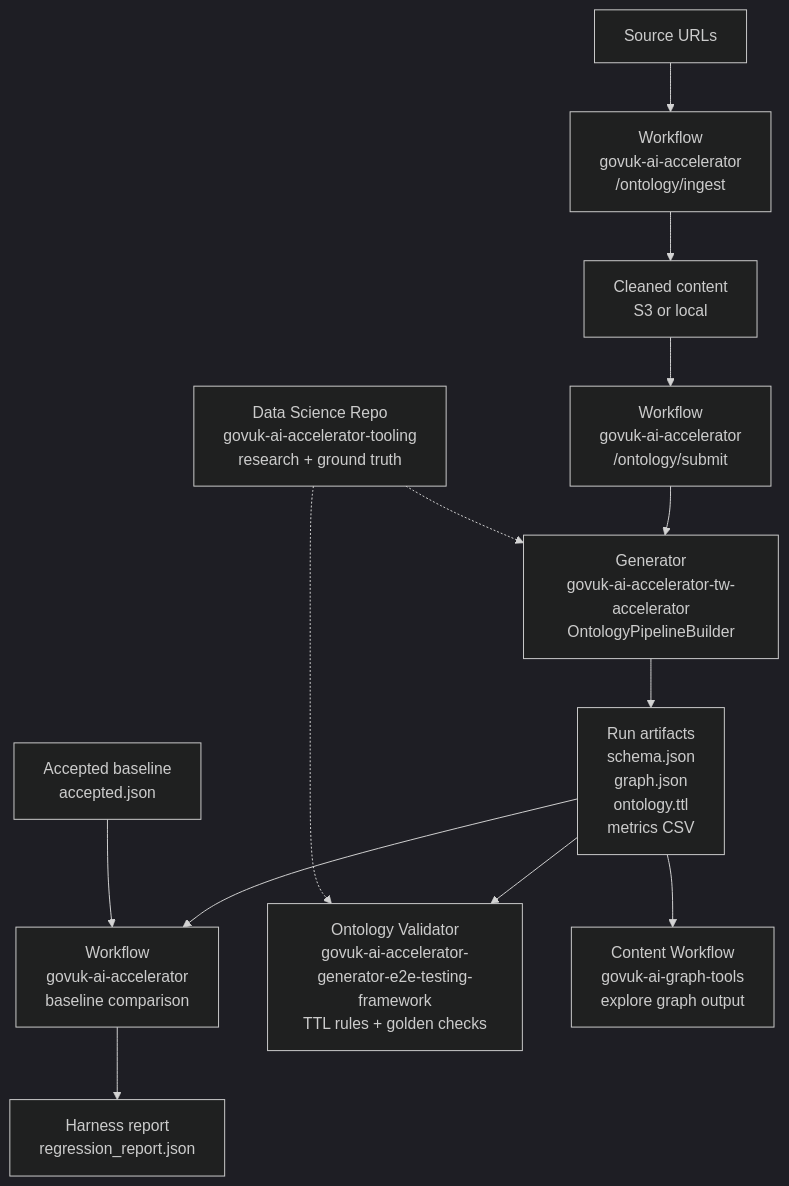
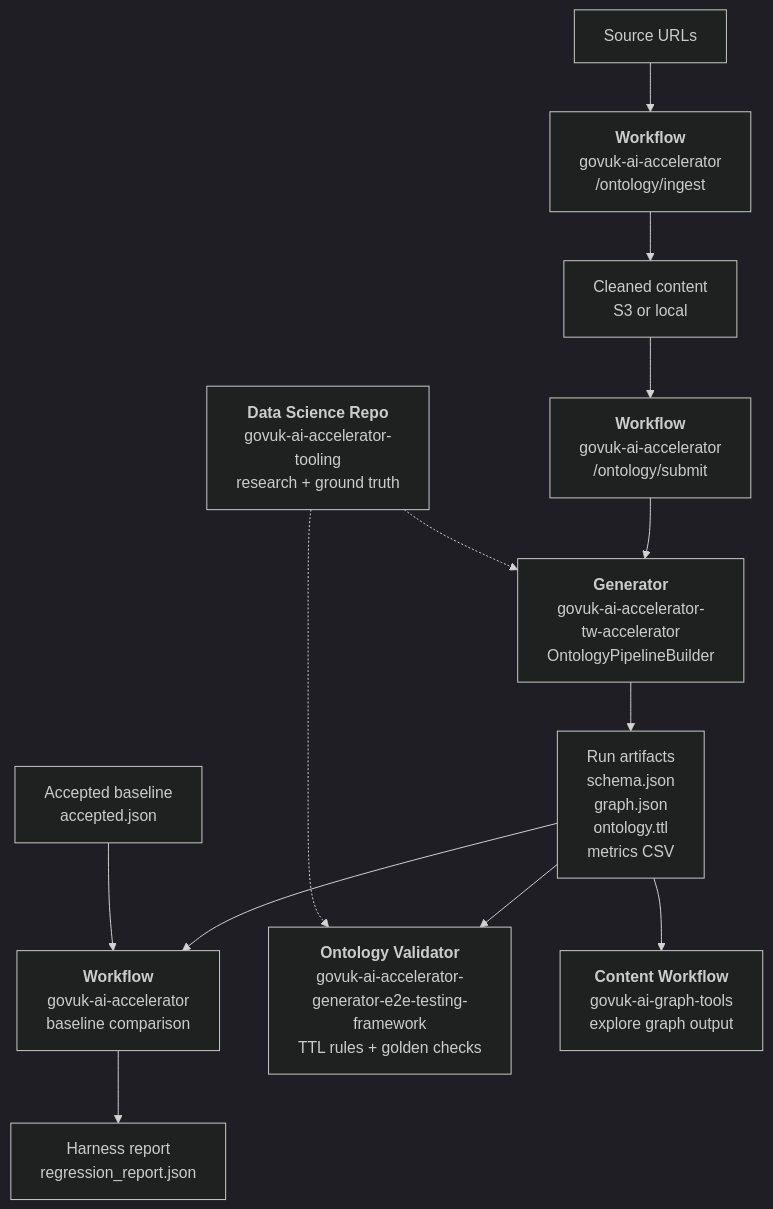
The diagram in docs/architecture/cross-repo-integration.md (alphagov/govuk-ai-accelerator), drawn with Mermaid (dark theme) before and after one commit.

Commit message:
Fix cross-repo diagram wrapping

````diff
--- a/docs/architecture/cross-repo-integration.md
+++ b/docs/architecture/cross-repo-integration.md
@@ -21,28 +21,28 @@
 ```mermaid
 flowchart TD
     urls["Source URLs"]
-    ingest["Workflow\ngovuk-ai-accelerator\n/ontology/ingest"]
+    ingest["<b>Workflow</b><br/>govuk-ai-accelerator<br/>/ontology/ingest"]
     cleaned["Cleaned content\nS3 or local"]
-    submit["Workflow\ngovuk-ai-accelerator\n/ontology/submit"]
-    dataScience["Data Science Repo\ngovuk-ai-accelerator-tooling\nresearch + ground truth"]
-    generator["Generator\ngovuk-ai-accelerator-tw-accelerator\nOntologyPipelineBuilder"]
+    submit["<b>Workflow</b><br/>govuk-ai-accelerator<br/>/ontology/submit"]
+    dataScience["<b>Data Science Repo</b><br/>govuk-ai-accelerator-<br/>tooling<br/>research + ground truth"]
+    generator["<b>Generator</b><br/>govuk-ai-accelerator-<br/>tw-accelerator<br/>OntologyPipelineBuilder"]
     artifacts["Run artifacts\nschema.json\ngraph.json\nontology.ttl\nmetrics CSV"]
     baseline["Accepted baseline\naccepted.json"]
-    harness["Workflow\ngovuk-ai-accelerator\nbaseline comparison"]
+    harness["<b>Workflow</b><br/>govuk-ai-accelerator<br/>baseline comparison"]
     report["Harness report\nregression_report.json"]
-    validator["Ontology Validator\ngovuk-ai-accelerator-generator-e2e-testing-framework\nTTL rules + golden checks"]
-    contentWorkflow["Content Workflow\ngovuk-ai-graph-tools\nexplore graph output"]
+    validator["<b>Ontology Validator</b><br/>govuk-ai-accelerator-<br/>generator-e2e-testing-<br/>framework<br/>TTL rules + golden checks"]
+    contentWorkflow["<b>Content Workflow</b><br/>govuk-ai-graph-tools<br/>explore graph output"]
 
     urls --> ingest
     ingest --> cleaned
     cleaned --> submit
     submit --> generator
     generator --> artifacts
     artifacts --> harness
     baseline --> harness
     harness --> report
     artifacts --> validator
     artifacts --> contentWorkflow
     dataScience -.-> generator
     dataScience -.-> validator
 ```
````
